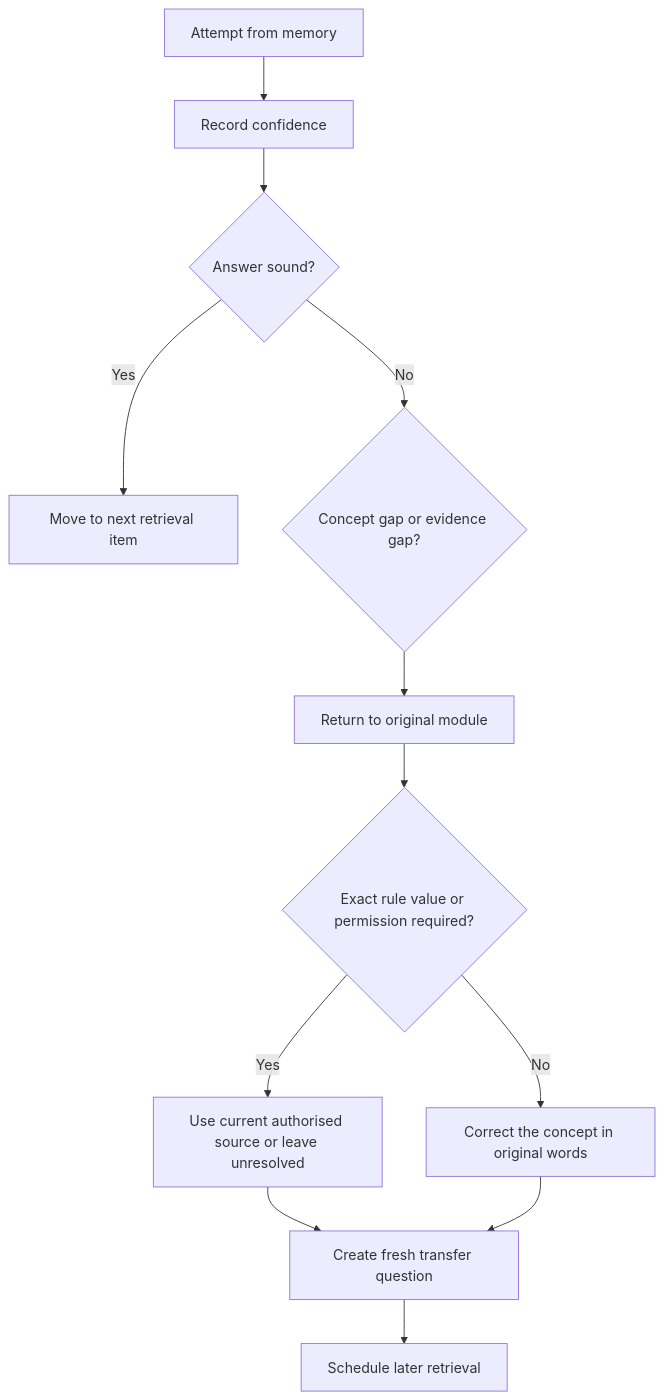
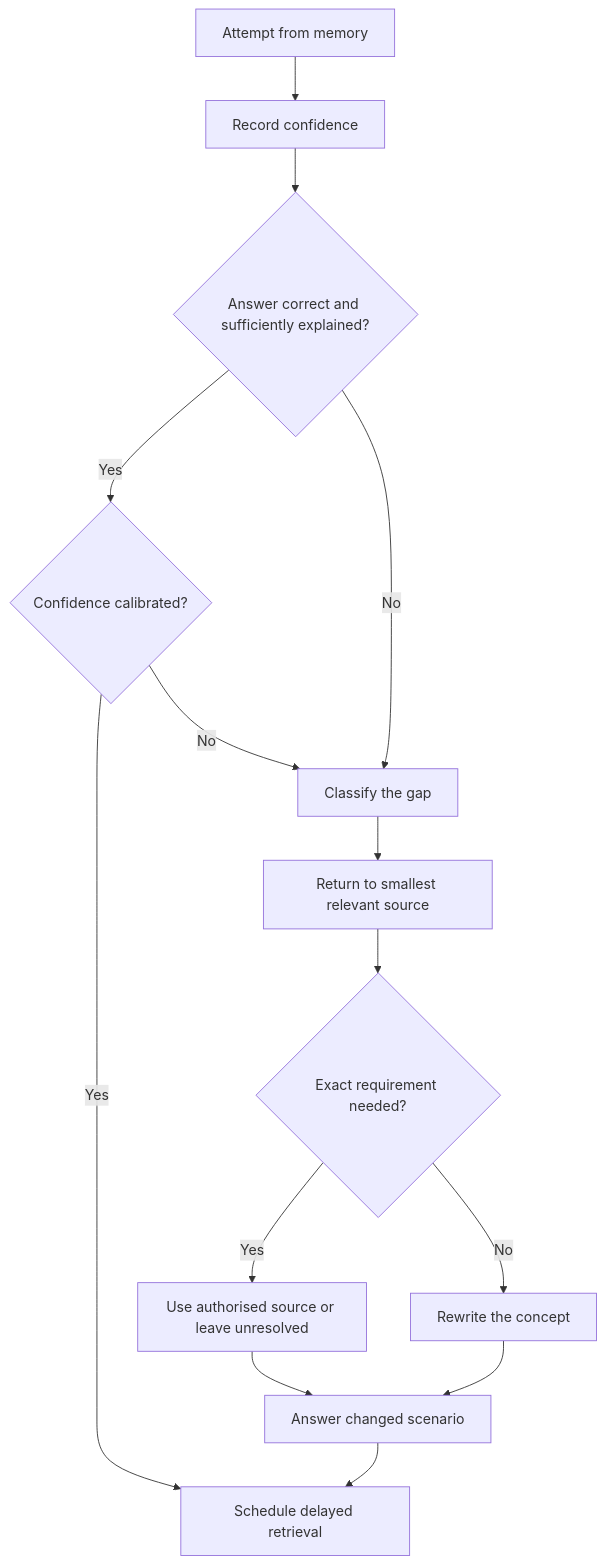
Before and after one commit to andrew3stedall/capstone: the first of 2 diagrams in docs/learning-plans/4-week/modules/day-19-rest-retrieval-and-catch-up.md, drawn with Mermaid. The commit also changed other lines of this file, not shown here.

````diff
--- a/docs/learning-plans/4-week/modules/day-19-rest-retrieval-and-catch-up.md
+++ b/docs/learning-plans/4-week/modules/day-19-rest-retrieval-and-catch-up.md
@@ -113,14 +91,16 @@
 ```mermaid
 flowchart TD
-    A["Attempt from memory"] --> B["Record confidence"]
-    B --> C{"Answer sound?"}
-    C -- Yes --> D["Move to next retrieval item"]
-    C -- No --> E{"Concept gap or evidence gap?"}
-    E --> F["Return to original module"]
-    F --> G{"Exact rule value or permission required?"}
-    G -- Yes --> H["Use current authorised source or leave unresolved"]
-    G -- No --> I["Correct the concept in original words"]
-    H --> J["Create fresh transfer question"]
-    I --> J
-    J --> K["Schedule later retrieval"]
+    A[Attempt from memory] --> B[Record confidence]
+    B --> C{Answer correct and sufficiently explained?}
+    C -->|Yes| D{Confidence calibrated?}
+    C -->|No| E[Classify the gap]
+    D -->|Yes| F[Schedule delayed retrieval]
+    D -->|No| E
+    E --> G[Return to smallest relevant source]
+    G --> H{Exact requirement needed?}
+    H -->|Yes| I[Use authorised source or leave unresolved]
+    H -->|No| J[Rewrite the concept]
+    I --> K[Answer changed scenario]
+    J --> K
+    K --> F
 ```
````
